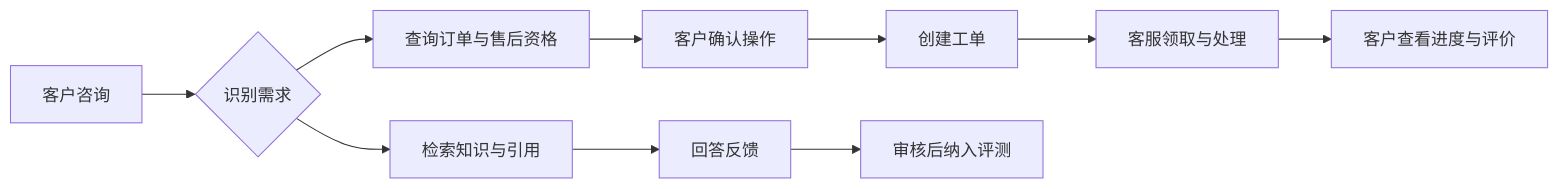
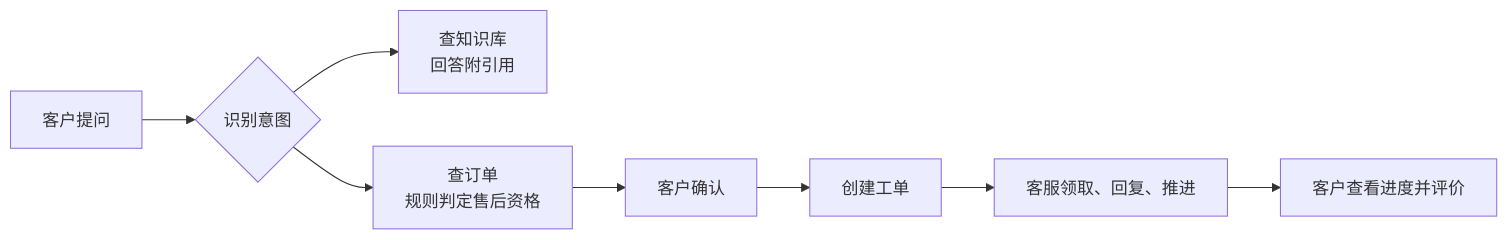
One commit to asifours-blip/ai-customer-service-agent changed the diagram in README.md. Above: the diagram before and after it, drawn with Mermaid. The commit also changed other lines of this file, not shown here.

````diff
--- a/README.md
+++ b/README.md
@@ -11,12 +13,10 @@
 ```mermaid
 flowchart LR
-    A[客户咨询] --> B{识别需求}
-    B --> C[检索知识与引用]
-    B --> D[查询订单与售后资格]
-    D --> E[客户确认操作]
+    A[客户提问] --> B{识别意图}
+    B --> C[查知识库<br/>回答附引用]
+    B --> D[查订单<br/>规则判定售后资格]
+    D --> E[客户确认]
     E --> F[创建工单]
-    F --> G[客服领取与处理]
-    G --> H[客户查看进度与评价]
-    C --> I[回答反馈]
-    I --> J[审核后纳入评测]
+    F --> G[客服领取、回复、推进]
+    G --> H[客户查看进度并评价]
 ```
````
